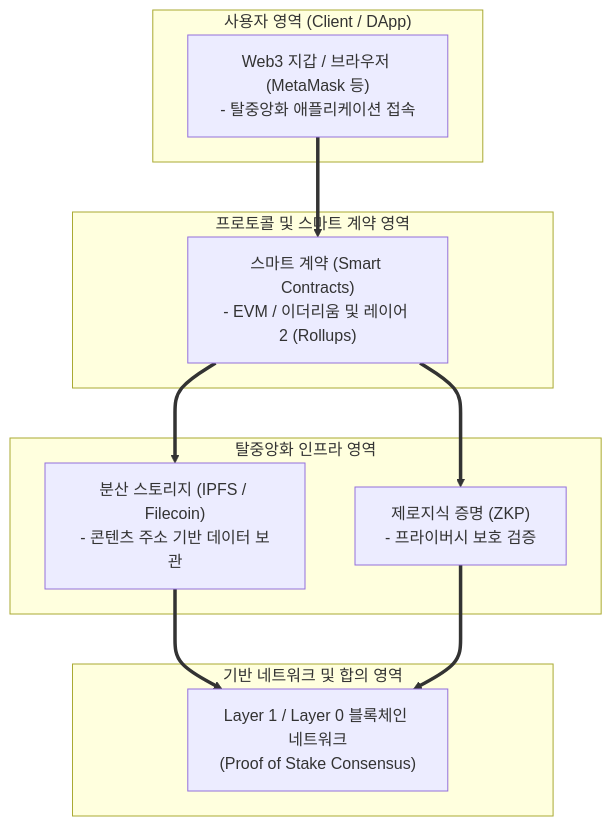
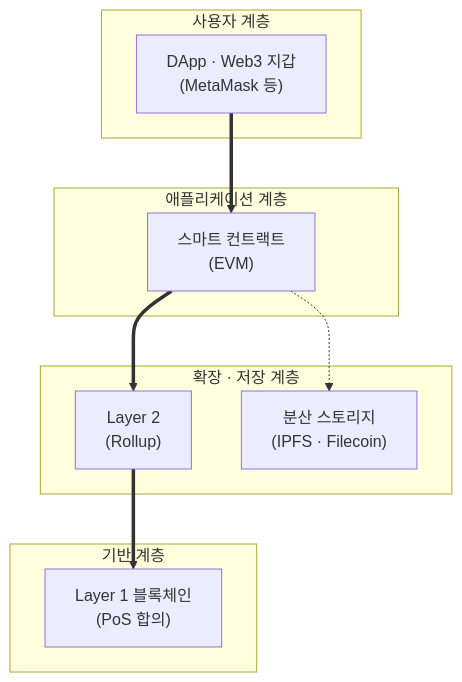
The diagram in content/01_IT Tech/Web 3.0.md (supremethumb/supremethumb.github.io), drawn with Mermaid before and after one commit. The commit also changed other lines of this file and 1087 other files, not shown here.

````diff
--- a/content/01_IT Tech/Web 3.0.md
+++ b/content/01_IT Tech/Web 3.0.md
@@ -23,24 +35,21 @@
 ```mermaid
 flowchart TB
-    subgraph UserLayer["사용자 영역 (Client / DApp)"]
-        UI["Web3 지갑 / 브라우저 (MetaMask 등)<br/>- 탈중앙화 애플리케이션 접속"]
+    subgraph UserLayer["사용자 계층"]
+        UI["DApp · Web3 지갑<br/>(MetaMask 등)"]
     end
-
-    subgraph ProtocolLayer["프로토콜 및 스마트 계약 영역"]
-        SC["스마트 계약 (Smart Contracts)<br/>- EVM / 이더리움 및 레이어 2 (Rollups)"]
+    subgraph AppLayer["애플리케이션 계층"]
+        SC["스마트 컨트랙트<br/>(EVM)"]
     end
-
-    subgraph DecentralizedInfra["탈중앙화 인프라 영역"]
-        STO["분산 스토리지 (IPFS / Filecoin)<br/>- 콘텐츠 주소 기반 데이터 보관"]
-        ZKP["제로지식 증명 (ZKP)<br/>- 프라이버시 보호 검증"]
+    subgraph ScaleLayer["확장 · 저장 계층"]
+        L2["Layer 2<br/>(Rollup)"]
+        STO["분산 스토리지<br/>(IPFS · Filecoin)"]
     end
-
-    subgraph BaseLayer["기반 네트워크 및 합의 영역"]
-        L1["Layer 1 / Layer 0 블록체인 네트워크<br/>(Proof of Stake Consensus)"]
+    subgraph BaseLayer["기반 계층"]
+        L1["Layer 1 블록체인<br/>(PoS 합의)"]
     end
 
     UI ==> SC
-    SC ==> STO & ZKP
-    STO & ZKP ==> L1
-
+    SC ==> L2
+    SC -.-> STO
+    L2 ==> L1
 ```
````
